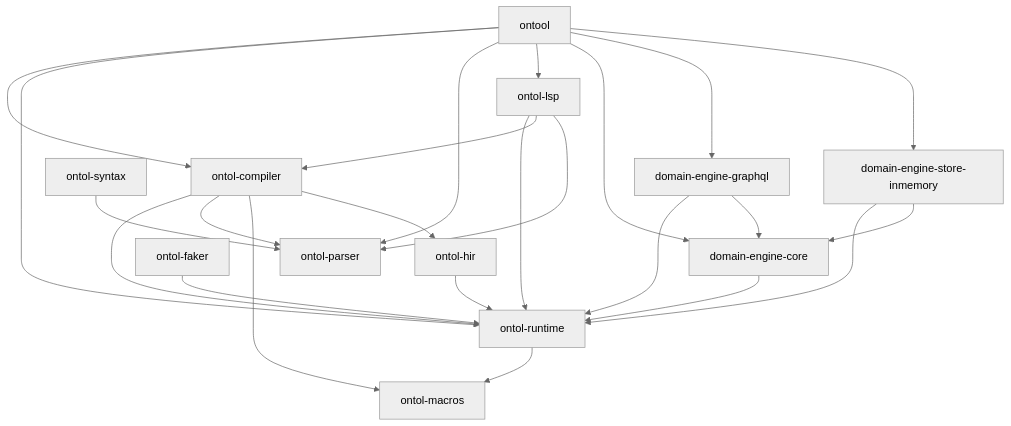
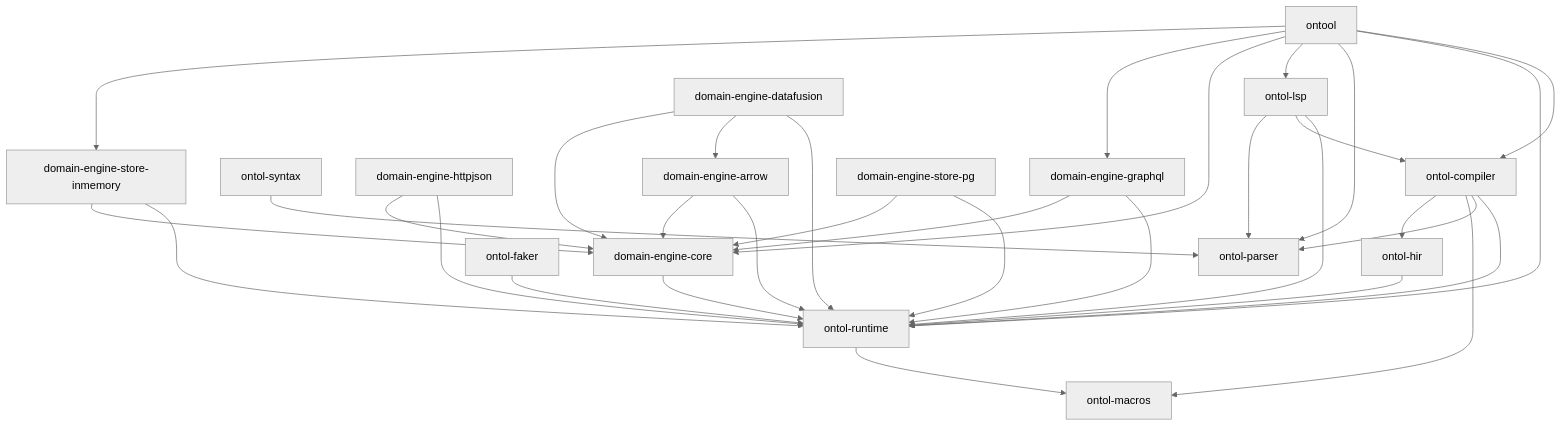
The diagram in README.md (protojour/domain-engine), drawn with Mermaid (neutral theme) before and after one commit. The commit also changed other lines of this file, not shown here.

````diff
--- a/README.md
+++ b/README.md
@@ -39,35 +39,44 @@
 ```mermaid
 graph TD
    ontol-runtime-->ontol-macros
 
    ontol-compiler-->ontol-runtime
    ontol-compiler-->ontol-parser
    ontol-compiler-->ontol-macros
    ontol-compiler-->ontol-hir
 
    ontol-hir-->ontol-runtime
 
    ontol-syntax-->ontol-parser
 
    ontol-lsp-->ontol-runtime
    ontol-lsp-->ontol-compiler
    ontol-lsp-->ontol-parser
 
    ontol-faker-->ontol-runtime
 
    domain-engine-core-->ontol-runtime
 
+   domain-engine-httpjson-->ontol-runtime
+   domain-engine-httpjson-->domain-engine-core
    domain-engine-graphql-->ontol-runtime
    domain-engine-graphql-->domain-engine-core
+   domain-engine-arrow-->ontol-runtime
+   domain-engine-arrow-->domain-engine-core
+   domain-engine-datafusion-->ontol-runtime
+   domain-engine-datafusion-->domain-engine-arrow
+   domain-engine-datafusion-->domain-engine-core
 
    domain-engine-store-inmemory-->ontol-runtime
    domain-engine-store-inmemory-->domain-engine-core
+   domain-engine-store-pg-->ontol-runtime
+   domain-engine-store-pg-->domain-engine-core
 
    ontool-->ontol-compiler
    ontool-->ontol-runtime
    ontool-->ontol-parser
    ontool-->ontol-lsp
    ontool-->domain-engine-core
    ontool-->domain-engine-graphql
    ontool-->domain-engine-store-inmemory
 ```
````
